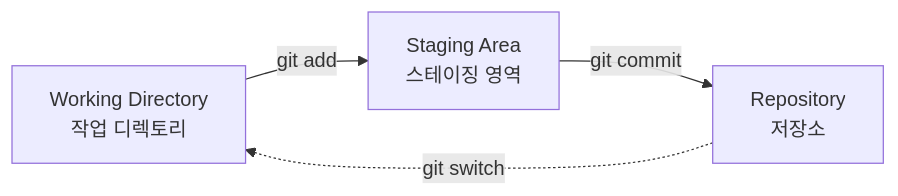
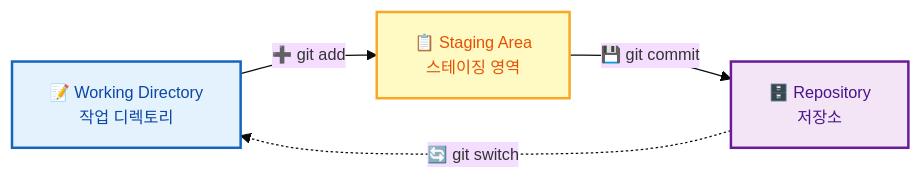
The third of 3 diagrams in git/02_기초/02_Git_워크플로우.md (jingu279/Document), drawn with Mermaid before and after one commit. The commit also changed other lines of this file and 24 other files, not shown here.

First line of the commit message:
Git 문서 전체 Mermaid 다이어그램 스타일링 통일

````diff
--- a/git/02_기초/02_Git_워크플로우.md
+++ b/git/02_기초/02_Git_워크플로우.md
@@ -71,6 +103,17 @@
 ```mermaid
+%%{init: {'theme': 'base', 'themeVariables': {'fontSize': '13px'}}}%%
 flowchart LR
-  WD["Working Directory<br/>작업 디렉토리"] -->|git add| SA["Staging Area<br/>스테이징 영역"]
-  SA -->|git commit| RE["Repository<br/>저장소"]
-  RE -.->|git switch| WD
+  WD["📝 Working Directory<br/>작업 디렉토리"] -->|"➕ git add"| SA["📋 Staging Area<br/>스테이징 영역"]
+  SA -->|"💾 git commit"| RE["🗄️ Repository<br/>저장소"]
+  RE -.->|"🔄 git switch"| WD
+
+  classDef main fill:#fff3e0,stroke:#e65100,stroke-width:2px,color:#bf360c
+  classDef sub fill:#e8f5e9,stroke:#2e7d32,stroke-width:2px,color:#1b5e20
+  classDef proc fill:#e3f2fd,stroke:#1565c0,stroke-width:2px,color:#0d47a1
+  classDef decision fill:#fff9c4,stroke:#f9a825,stroke-width:2px,color:#e65100
+  classDef highlight fill:#f3e5f5,stroke:#6a1b9a,stroke-width:2px,color:#4a148c
+
+  class WD proc
+  class SA decision
+  class RE highlight
 ```
````
